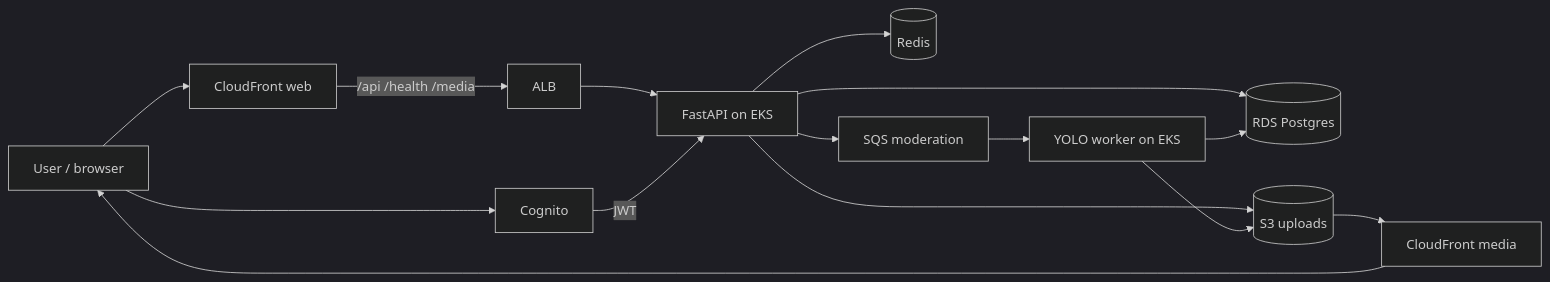
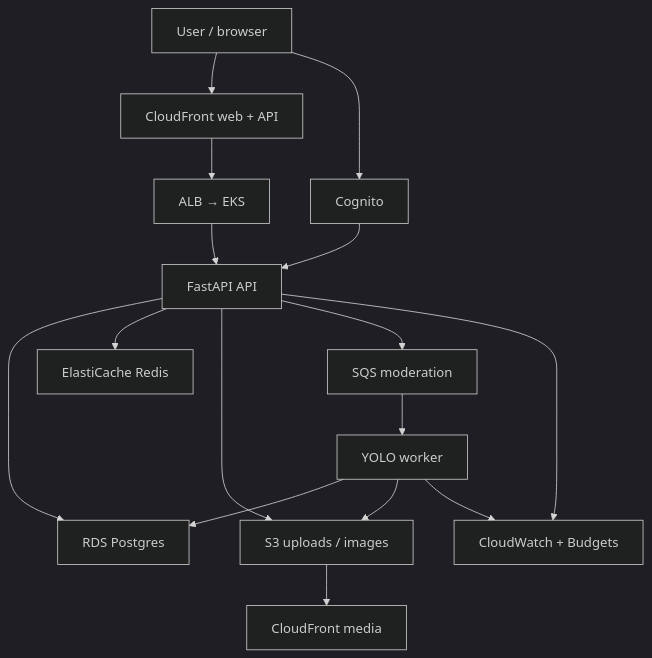
Before and after one commit to alex-rahi/FreshEats: the diagram in README.md, drawn with Mermaid (dark theme). The commit also changed other lines of this file, not shown here.

````diff
--- a/README.md
+++ b/README.md
@@ -20,17 +15,31 @@
 ```mermaid
-flowchart LR
-  User[User / browser] --> CFWeb[CloudFront web]
-  User --> Cognito[Cognito]
-  CFWeb -->|"/api /health /media"| ALB[ALB]
-  ALB --> API[FastAPI on EKS]
-  Cognito -->|JWT| API
-  API --> RDS[(RDS Postgres)]
-  API --> Redis[(Redis)]
-  API --> S3[(S3 uploads)]
-  API --> SQS[SQS moderation]
-  SQS --> Worker[YOLO worker on EKS]
+flowchart TB
+  User[User / browser]
+  Cognito[Cognito]
+  CFWeb[CloudFront web + API]
+  ALB[ALB → EKS]
+  API[FastAPI API]
+  Redis[ElastiCache Redis]
+  SQS[SQS moderation]
+  Worker[YOLO worker]
+  RDS[RDS Postgres]
+  S3[S3 uploads / images]
+  CW[CloudWatch + Budgets]
+  CFMedia[CloudFront media]
+
+  User --> CFWeb
+  User --> Cognito
+  CFWeb --> ALB
+  ALB --> API
+  Cognito --> API
+  API --> RDS
+  API --> Redis
+  API --> S3
+  API --> SQS
+  API --> CW
+  SQS --> Worker
   Worker --> RDS
   Worker --> S3
-  S3 --> CFMedia[CloudFront media]
-  CFMedia --> User
+  Worker --> CW
+  S3 --> CFMedia
 ```
````
